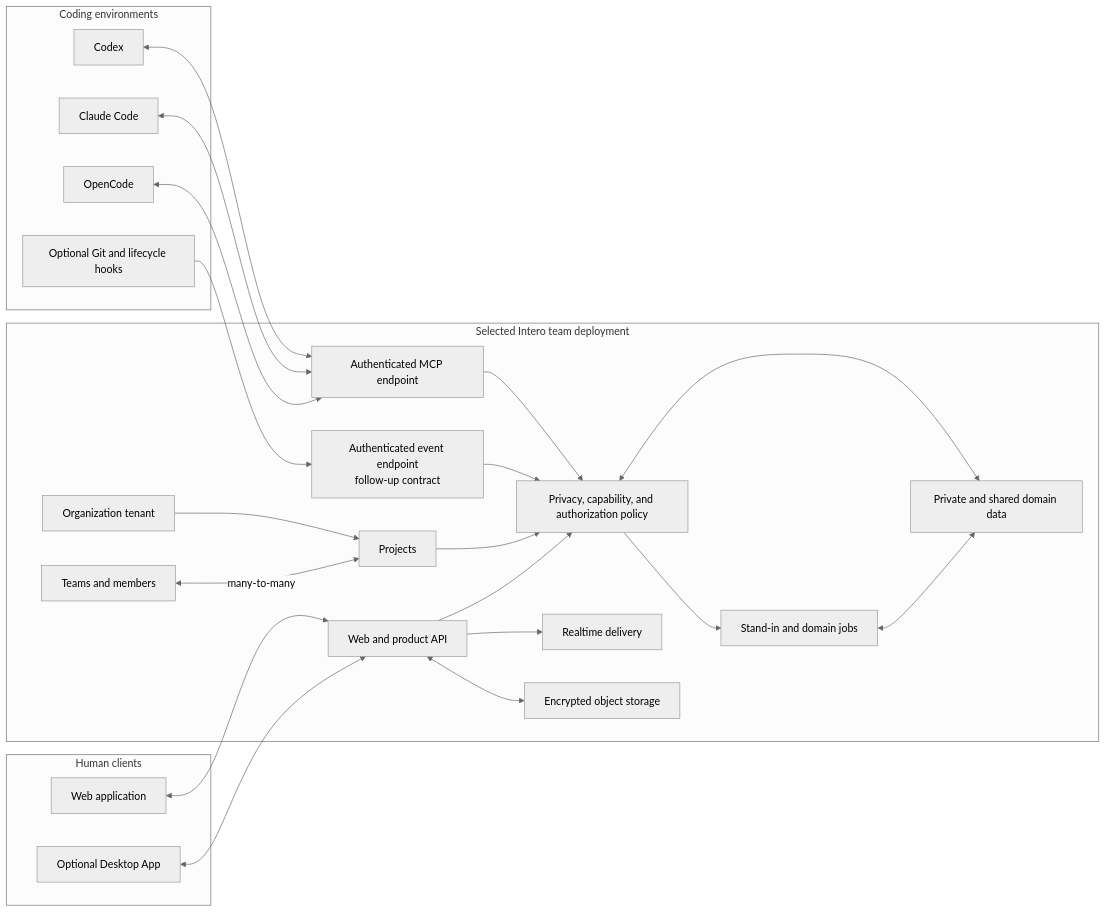
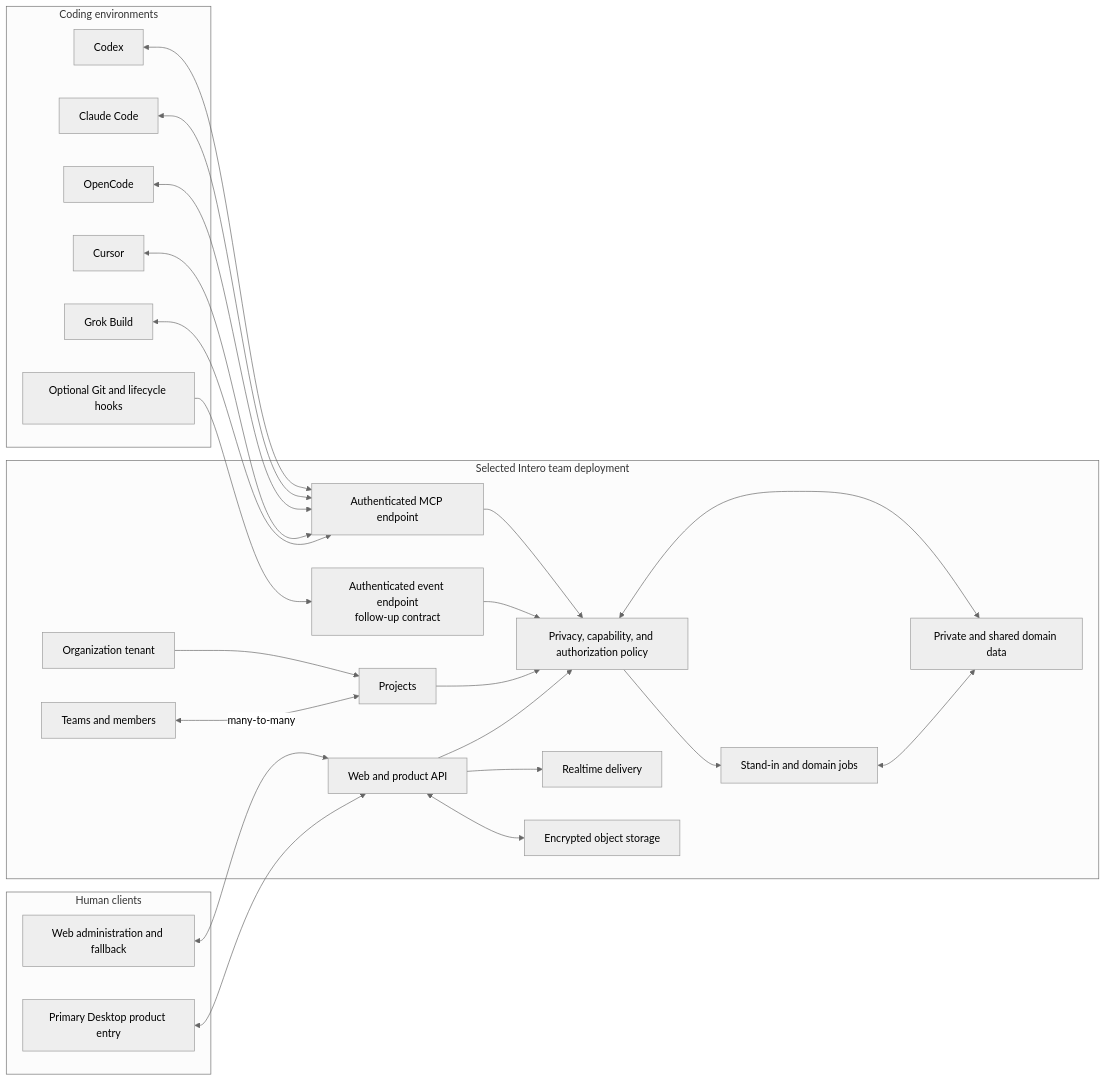
One commit to WatsonHS/intero changed the diagram in docs/ARCHITECTURE.md. Above: the diagram before and after it, drawn with Mermaid (neutral theme). The commit also changed other lines of this file and 39 other files, not shown here.

````diff
--- a/docs/ARCHITECTURE.md
+++ b/docs/ARCHITECTURE.md
@@ -65,46 +73,50 @@
 ```mermaid
 flowchart LR
     subgraph Coding["Coding environments"]
         Codex["Codex"]
         Claude["Claude Code"]
         OpenCode["OpenCode"]
+        Cursor["Cursor"]
+        Grok["Grok Build"]
         Hooks["Optional Git and lifecycle hooks"]
     end
 
     subgraph Clients["Human clients"]
-        Web["Web application"]
-        Desktop["Optional Desktop App"]
+        Web["Web administration and fallback"]
+        Desktop["Primary Desktop product entry"]
     end
 
     subgraph Cloud["Selected Intero team deployment"]
         MCP["Authenticated MCP endpoint"]
         EventIngress["Authenticated event endpoint<br/>follow-up contract"]
         API["Web and product API"]
         Worker["Stand-in and domain jobs"]
         Policy["Privacy, capability, and authorization policy"]
         Data["Private and shared domain data"]
         Realtime["Realtime delivery"]
         Objects["Encrypted object storage"]
         Organization["Organization tenant"]
         Team["Teams and members"]
         Project["Projects"]
     end
 
     Codex <--> MCP
     Claude <--> MCP
     OpenCode <--> MCP
+    Cursor <--> MCP
+    Grok <--> MCP
     Hooks --> EventIngress
     Web <--> API
     Desktop <--> API
     MCP --> Policy
     EventIngress --> Policy
     API --> Policy
     Policy <--> Data
     Policy --> Worker
     Worker <--> Data
     API --> Realtime
     API <--> Objects
     Organization --> Project
     Team <-->|"many-to-many"| Project
     Project --> Policy
 ```
````
